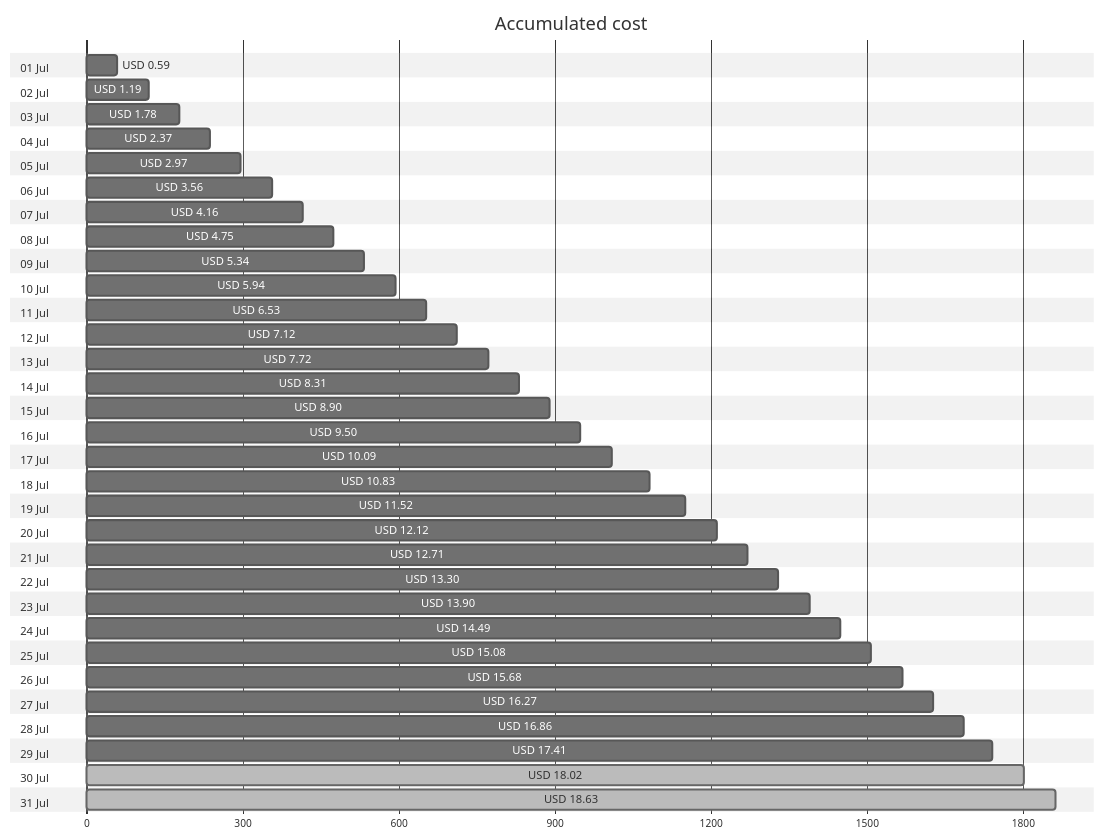
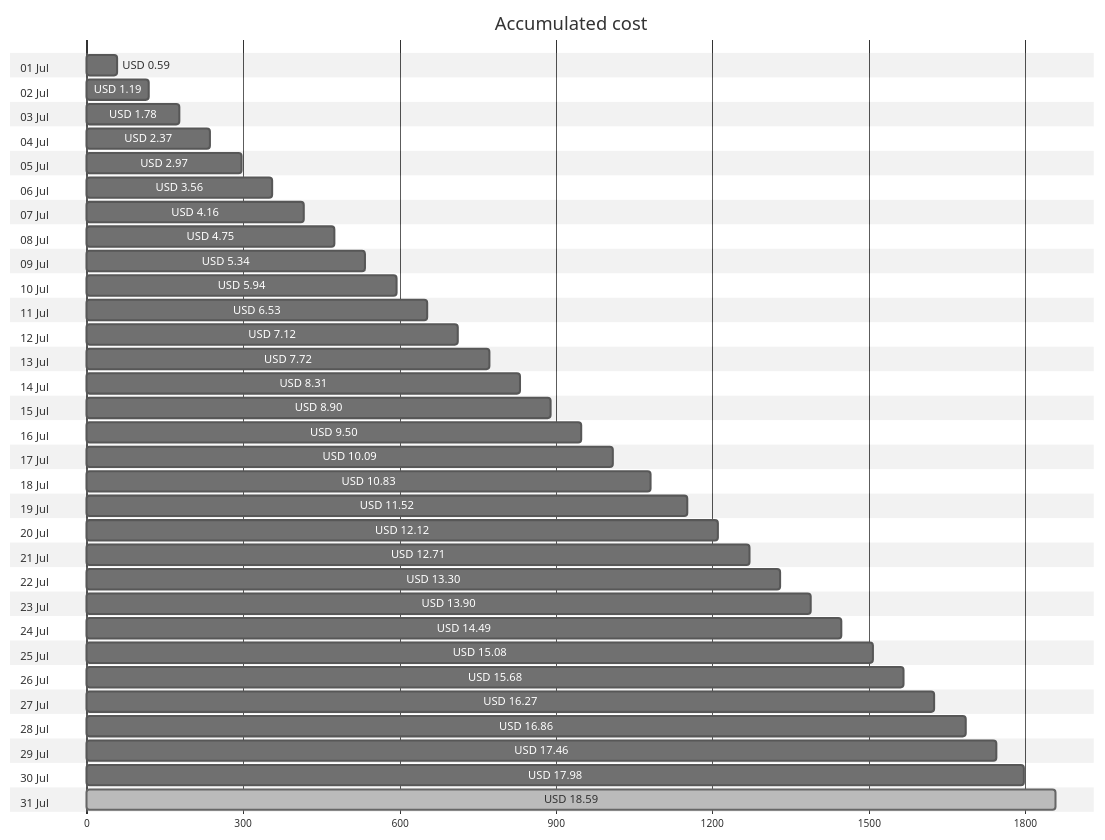
The first of 4 diagrams in cost-reports/personal-site/README.md (jpfulton/azure-personal-reports), drawn with Mermaid (neutral theme) before and after one commit. The commit also changed other lines of this file and 6 other files, not shown here.

````diff
--- a/cost-reports/personal-site/README.md
+++ b/cost-reports/personal-site/README.md
@@ -20,68 +20,68 @@
 ```mermaid
 gantt
    title Accumulated cost
    dateFormat  X
    axisFormat %s
    section 01 Jul
    USD 0.59 :0, 59
    section 02 Jul
    USD 1.19 :0, 119
    section 03 Jul
    USD 1.78 :0, 178
    section 04 Jul
    USD 2.37 :0, 237
    section 05 Jul
    USD 2.97 :0, 297
    section 06 Jul
    USD 3.56 :0, 356
    section 07 Jul
    USD 4.16 :0, 416
    section 08 Jul
    USD 4.75 :0, 475
    section 09 Jul
    USD 5.34 :0, 534
    section 10 Jul
    USD 5.94 :0, 594
    section 11 Jul
    USD 6.53 :0, 653
    section 12 Jul
    USD 7.12 :0, 712
    section 13 Jul
    USD 7.72 :0, 772
    section 14 Jul
    USD 8.31 :0, 831
    section 15 Jul
    USD 8.90 :0, 890
    section 16 Jul
    USD 9.50 :0, 950
    section 17 Jul
    USD 10.09 :0, 1009
    section 18 Jul
    USD 10.83 :0, 1083
    section 19 Jul
    USD 11.52 :0, 1152
    section 20 Jul
    USD 12.12 :0, 1212
    section 21 Jul
    USD 12.71 :0, 1271
    section 22 Jul
    USD 13.30 :0, 1330
    section 23 Jul
    USD 13.90 :0, 1390
    section 24 Jul
    USD 14.49 :0, 1449
    section 25 Jul
    USD 15.08 :0, 1508
    section 26 Jul
    USD 15.68 :0, 1568
    section 27 Jul
    USD 16.27 :0, 1627
    section 28 Jul
    USD 16.86 :0, 1686
    section 29 Jul
-   USD 17.41 :0, 1741
+   USD 17.46 :0, 1746
    section 30 Jul
-   USD 18.02 : done, 0, 1802
+   USD 17.98 :0, 1798
    section 31 Jul
-   USD 18.63 : done, 0, 1863
+   USD 18.59 : done, 0, 1859
 ```
````
